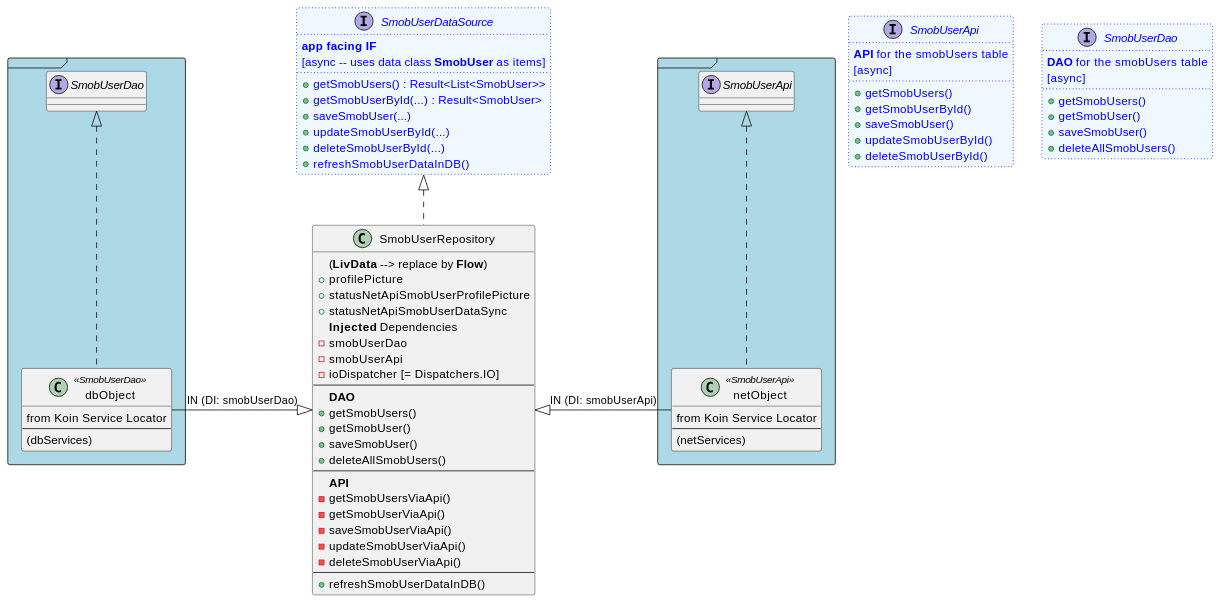
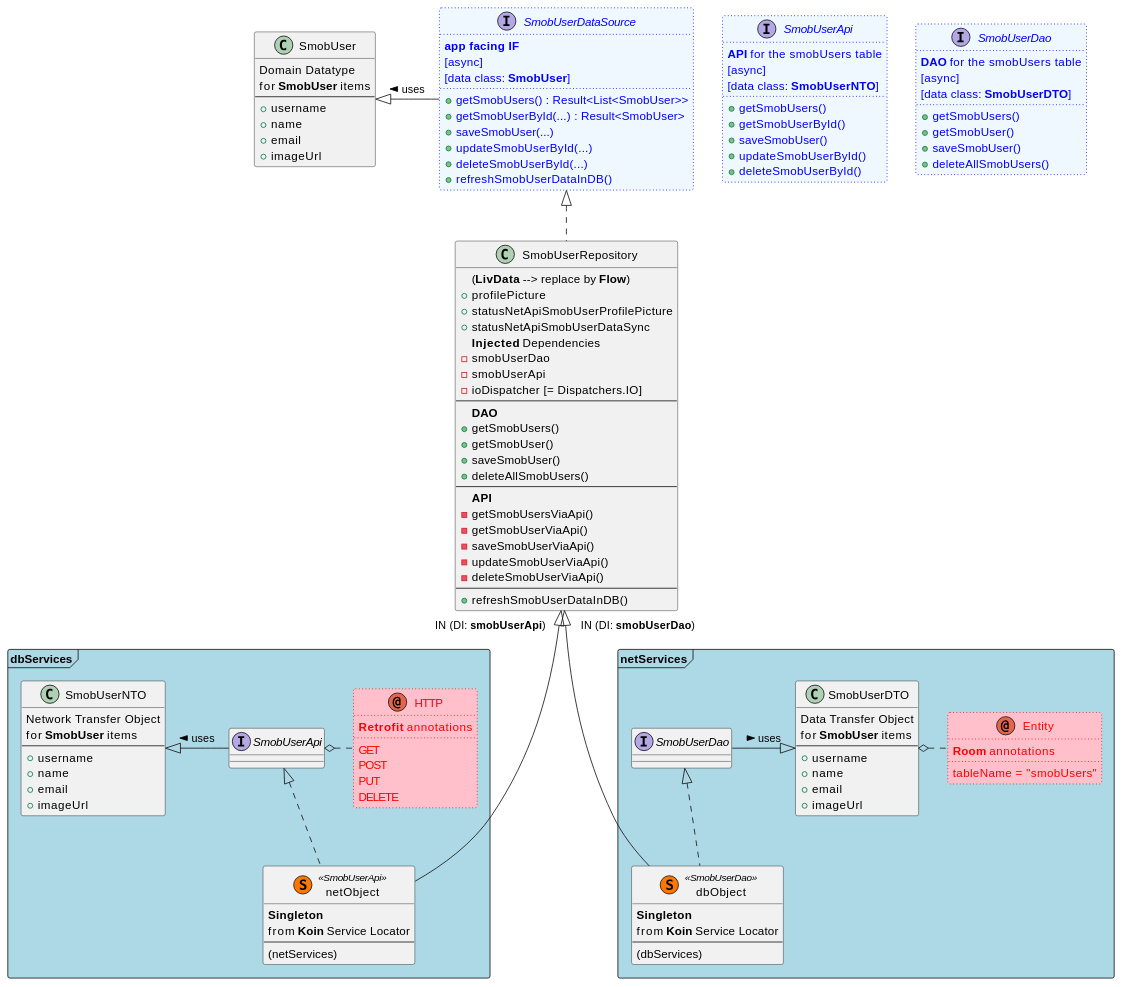
Before and after one commit to fwornle/ShopMob: the diagram in doc/puml/smobUserRepository.md, drawn with PlantUML.

Commit message:
Extended SmobUserRepository UML diagram

````diff
--- a/doc/puml/smobUserRepository.md
+++ b/doc/puml/smobUserRepository.md
@@ -26,24 +26,71 @@
   +refreshSmobUserDataInDB()
 }
 
-frame #Lightblue {
-    class netObject <<SmobUserApi>> implements SmobUserApi {
-        from Koin Service Locator
+frame "dbServices" #Lightblue {
+    class netObject << (S,#FF7700) SmobUserApi>> implements SmobUserApi {
+        **Singleton**
+        from **Koin** Service Locator
         ---
         (netServices)
     }
+    
+    class SmobUserNTO {
+    Network Transfer Object
+    for **SmobUser** items
+    ---
+    +username
+    +name
+    +email
+    +imageUrl
+    }
+    
+    SmobUserApi -left-|> SmobUserNTO : uses >    
+
+    annotation HTTP #pink;line:red;line.dotted;text:red {
+       **Retrofit** annotations
+       {method} GET
+       {method} POST
+       {method} PUT
+       {method} DELETE
+    }
+    
+    
+    SmobUserApi o-right. HTTP
 }
 
-frame #Lightblue {
-    class dbObject <<SmobUserDao>> implements SmobUserDao {
-        from Koin Service Locator
+frame "netServices" #Lightblue {
+    class dbObject << (S,#FF7700) SmobUserDao>> implements SmobUserDao {
+        **Singleton**
+        from **Koin** Service Locator
         ---
         (dbServices)
     }
+    
+    class SmobUserDTO {
+    Data Transfer Object
+    for **SmobUser** items
+    ---
+    +username
+    +name
+    +email
+    +imageUrl
+    }
+    
+    SmobUserDao -right-|> SmobUserDTO : uses >
+    
+    annotation Entity #pink;line:red;line.dotted;text:red {
+       **Room** annotations
+       {method} tableName = "smobUsers"
+    }
+    
+    SmobUserDTO o-right. Entity
+
 }
+
 interface SmobUserApi #aliceblue;line:blue;line.dotted;text:blue {
   **API** for the smobUsers table
   [async]
+  [data class: **SmobUserNTO**]
   +getSmobUsers()
   +getSmobUserById()
   +saveSmobUser()
@@ -54,6 +101,7 @@
 interface SmobUserDao #aliceblue;line:blue;line.dotted;text:blue {
   **DAO** for the smobUsers table
   [async]
+  [data class: **SmobUserDTO**]
   +getSmobUsers()
   +getSmobUser()
   +saveSmobUser()
@@ -62,7 +110,8 @@
 
 interface SmobUserDataSource #aliceblue;line:blue;line.dotted;text:blue {
   **app facing IF**
-  [async -- uses data class **SmobUser** as items]
+  [async]
+  [data class: **SmobUser**]
   +getSmobUsers() : Result<List<SmobUser>>
   +getSmobUserById(...) : Result<SmobUser>
   +saveSmobUser(...)
@@ -71,7 +120,20 @@
   +refreshSmobUserDataInDB()
 }
 
-SmobUserRepository <|-left- dbObject : IN (DI: smobUserDao)
-SmobUserRepository <|-right- netObject : IN (DI: smobUserApi)
+class SmobUser {
+Domain Datatype
+for **SmobUser** items
+---
++username
++name
++email
++imageUrl
+}
+
+SmobUserDataSource -left-|> SmobUser : uses >
+
+
+SmobUserRepository <|-down-- dbObject : "     IN (DI: **smobUserDao**)" " "
+SmobUserRepository <|-down-- netObject :"IN (DI: **smobUserApi**)     " " "
 @enduml
 ```
````
